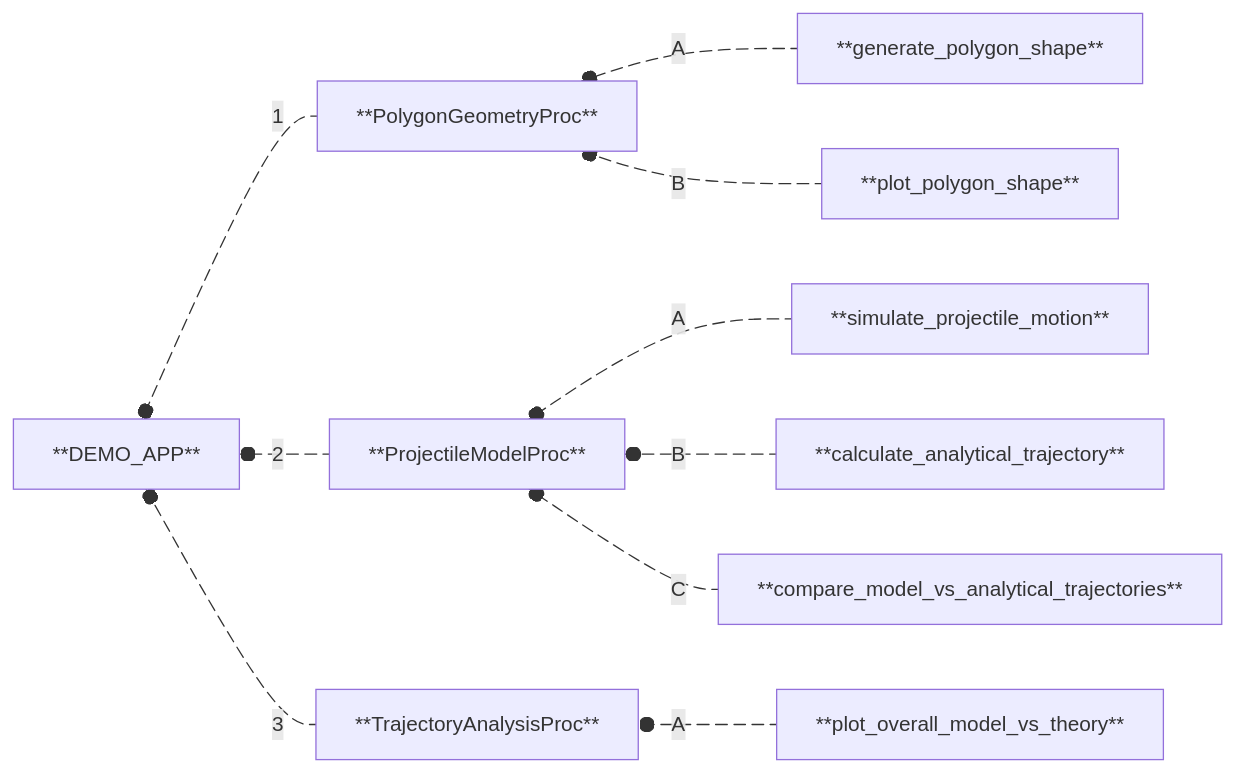
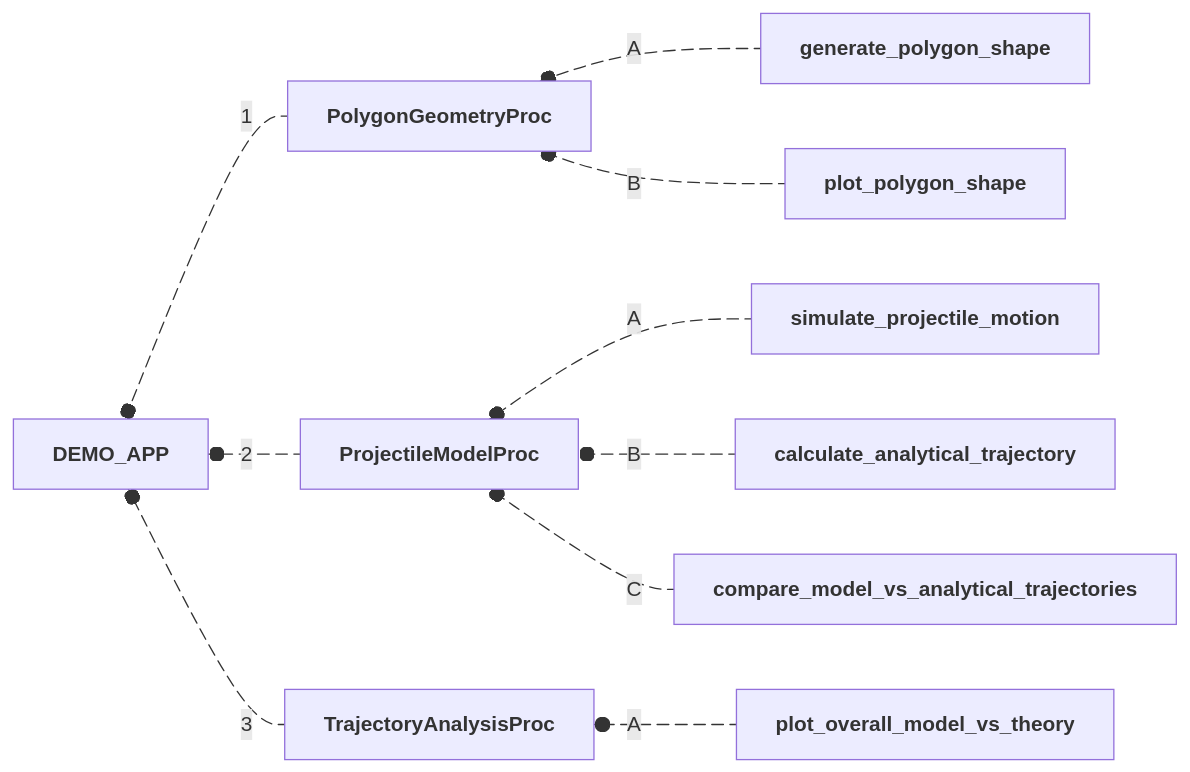
One commit to nuremics/nuremics-labs changed the first of 8 diagrams in src/nuremics_labs/apps/general/DEMO_APP/README.md. Above: the diagram before and after it, drawn with Mermaid. The commit also changed other lines of this file, not shown here.

````diff
--- a/src/nuremics_labs/apps/general/DEMO_APP/README.md
+++ b/src/nuremics_labs/apps/general/DEMO_APP/README.md
@@ -25,21 +25,21 @@
 ```mermaid
 flowchart RL
-  **PolygonGeometryProc** e1@--1--o **DEMO_APP**
-  **ProjectileModelProc** e2@--2--o **DEMO_APP**
-  **TrajectoryAnalysisProc** e3@--3--o **DEMO_APP**
-  **generate_polygon_shape** e4@--A--o **PolygonGeometryProc**
-  **plot_polygon_shape** e5@--B--o **PolygonGeometryProc**
-  **simulate_projectile_motion** e6@--A--o **ProjectileModelProc**
-  **calculate_analytical_trajectory** e7@--B--o **ProjectileModelProc**
-  **compare_model_vs_analytical_trajectories** e8@--C--o **ProjectileModelProc**
-  **plot_overall_model_vs_theory** e9@--A--o **TrajectoryAnalysisProc**
+  Proc1[<b>PolygonGeometryProc<b>] e1@--1--o App[<b>DEMO_APP<b>]
+  Proc2[<b>ProjectileModelProc<b>] e2@--2--o App
+  Proc3[<b>TrajectoryAnalysisProc<b>] e3@--3--o App
+  Op11[<b>generate_polygon_shape<b>] e4@--A--o Proc1
+  Op12[<b>plot_polygon_shape<b>] e5@--B--o Proc1
+  Op21[<b>simulate_projectile_motion<b>] e6@--A--o Proc2
+  Op22[<b>calculate_analytical_trajectory<b>] e7@--B--o Proc2
+  Op23[<b>compare_model_vs_analytical_trajectories<b>] e8@--C--o Proc2
+  Op31[<b>plot_overall_model_vs_theory<b>] e9@--A--o Proc3
   e1@{ animate: true }
   e2@{ animate: true }
   e3@{ animate: true }
   e4@{ animate: true }
   e5@{ animate: true }
   e6@{ animate: true }
   e7@{ animate: true }
   e8@{ animate: true }
   e9@{ animate: true }
 ```
````
